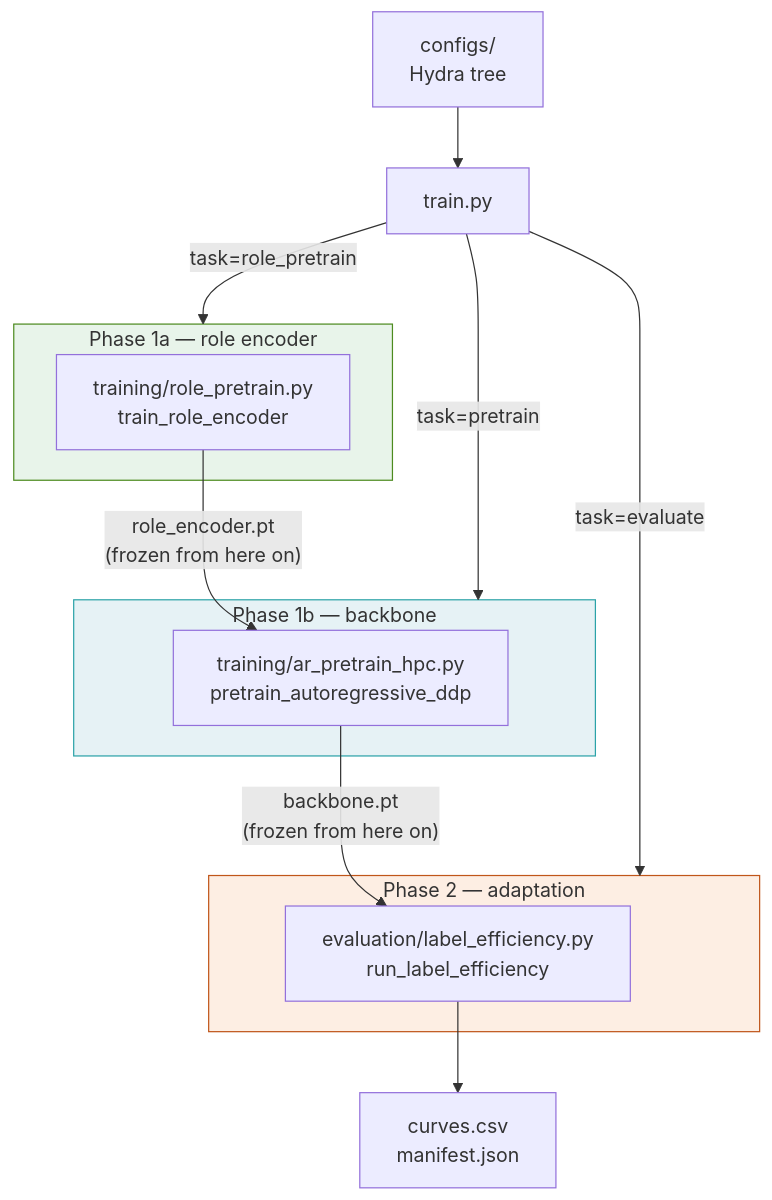
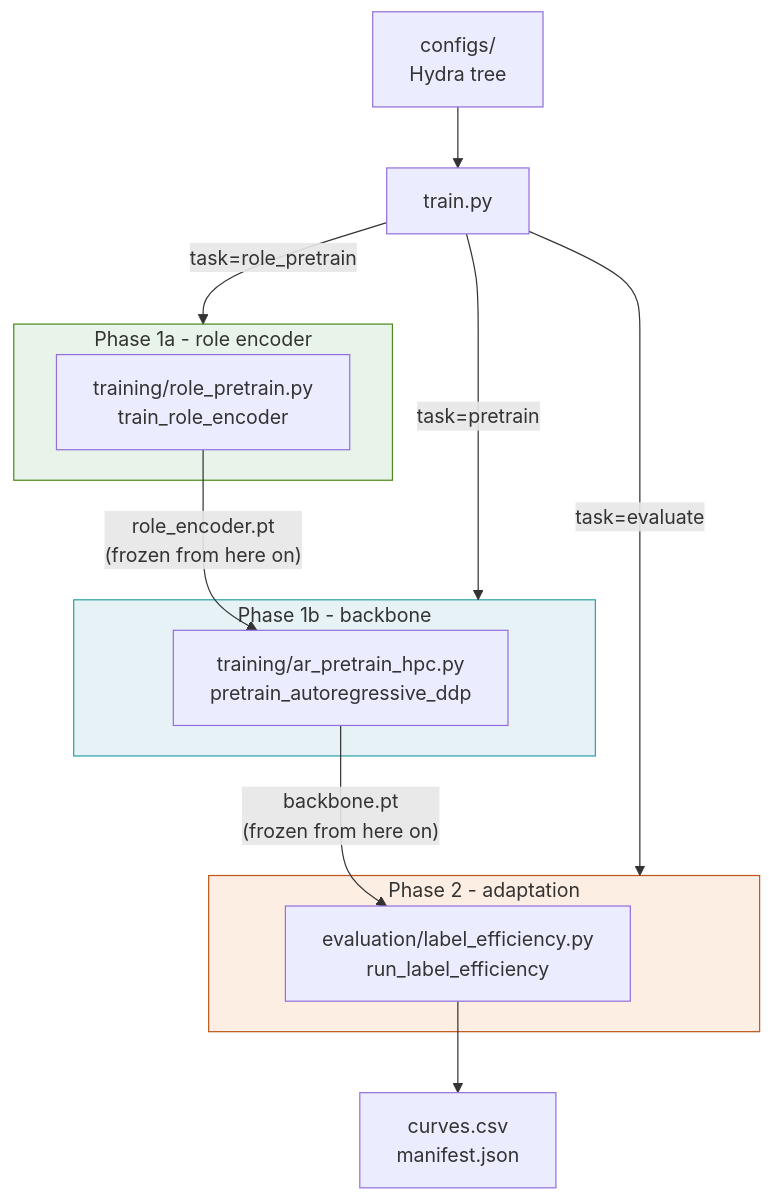
Before and after one commit to tuhh-ncps/process-foundation-model: the second of 4 diagrams in ARCHITECTURE.md, drawn with Mermaid. The commit also changed other lines of this file and 89 other files, not shown here.

````diff
--- a/ARCHITECTURE.md
+++ b/ARCHITECTURE.md
@@ -45,26 +45,26 @@
 ```mermaid
 flowchart TB
     CFG["configs/<br/>Hydra tree"] --> T["train.py"]
 
     T -->|"task=role_pretrain"| P1A
     T -->|"task=pretrain"| P1B
     T -->|"task=evaluate"| P2
 
-    subgraph P1A["Phase 1a — role encoder"]
+    subgraph P1A["Phase 1a - role encoder"]
         A1["training/role_pretrain.py<br/>train_role_encoder"]
     end
-    subgraph P1B["Phase 1b — backbone"]
+    subgraph P1B["Phase 1b - backbone"]
         B1["training/ar_pretrain_hpc.py<br/>pretrain_autoregressive_ddp"]
     end
-    subgraph P2["Phase 2 — adaptation"]
+    subgraph P2["Phase 2 - adaptation"]
         C1["evaluation/label_efficiency.py<br/>run_label_efficiency"]
     end
 
     A1 -->|"role_encoder.pt<br/>(frozen from here on)"| B1
     B1 -->|"backbone.pt<br/>(frozen from here on)"| C1
     C1 --> RES["curves.csv<br/>manifest.json"]
 
     style P1A fill:#e8f4ea,stroke:#4d8b1f
     style P1B fill:#e6f2f5,stroke:#2ba3a8
     style P2 fill:#fdeee3,stroke:#c0561a
 ```
````
